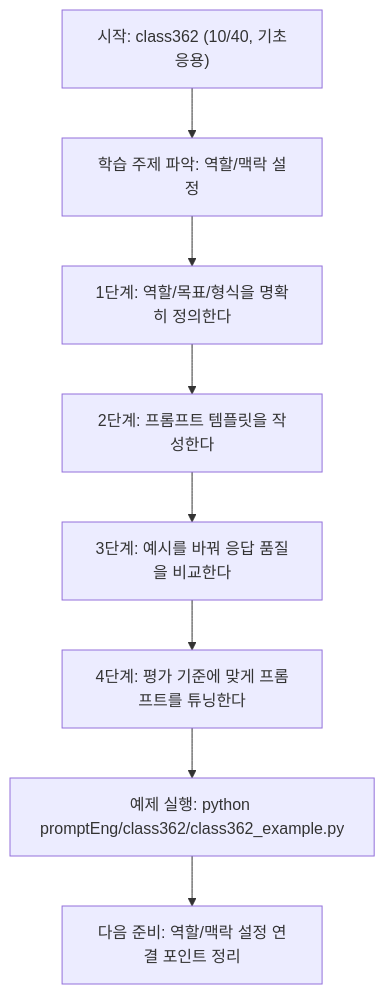
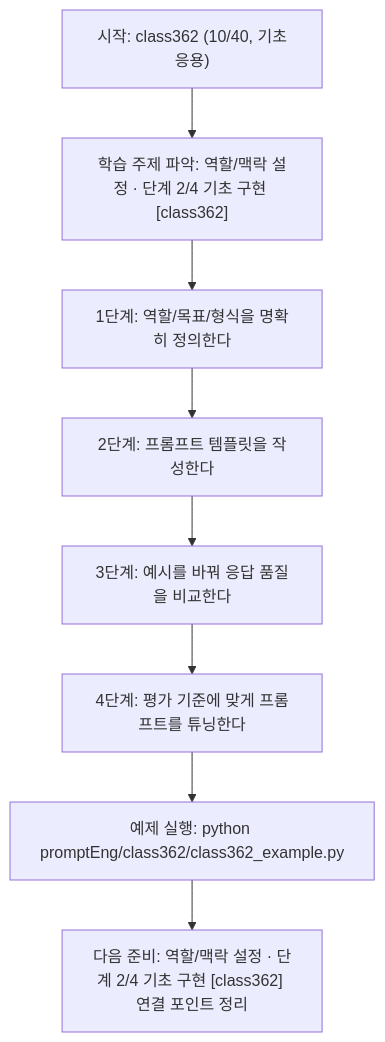
One commit to edumgt/Python-AI_Agent-Class changed the diagram in promptEng/class362/class362.md. Above: the diagram before and after it, drawn with Mermaid. The commit also changed other lines of this file and 522 other files, not shown here.

````diff
--- a/promptEng/class362/class362.md
+++ b/promptEng/class362/class362.md
@@ -109,18 +110,18 @@
 ```mermaid
 flowchart TD
 N1["시작: class362 (10/40, 기초응용)"]
-N2["학습 주제 파악: 역할/맥락 설정"]
+N2["학습 주제 파악: 역할/맥락 설정 · 단계 2/4 기초 구현 [class362]"]
 N3["1단계: 역할/목표/형식을 명확히 정의한다"]
 N4["2단계: 프롬프트 템플릿을 작성한다"]
 N5["3단계: 예시를 바꿔 응답 품질을 비교한다"]
 N6["4단계: 평가 기준에 맞게 프롬프트를 튜닝한다"]
 N7["예제 실행: python promptEng/class362/class362_example.py"]
-N8["다음 준비: 역할/맥락 설정 연결 포인트 정리"]
+N8["다음 준비: 역할/맥락 설정 · 단계 2/4 기초 구현 [class362] 연결 포인트 정리"]
 N1 --> N2
 N2 --> N3
 N3 --> N4
 N4 --> N5
 N5 --> N6
 N6 --> N7
 N7 --> N8
 ```
````
